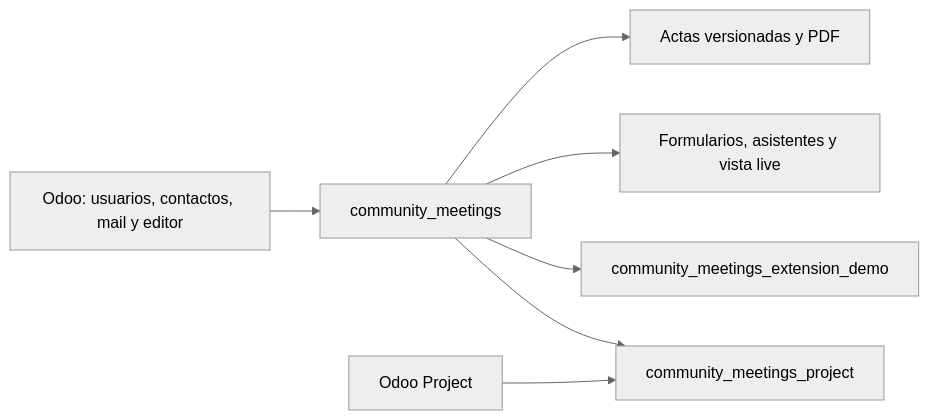
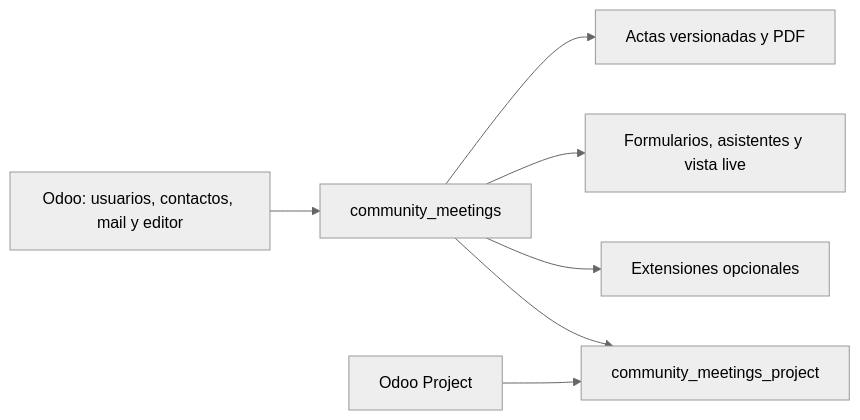
Before and after one commit to oyale/odoo-meetings-minutes: the first of 6 diagrams in docs/MODELO_TECNICO.md, drawn with Mermaid (neutral theme). The commit also changed other lines of this file and 23 other files, not shown here.

````diff
--- a/docs/MODELO_TECNICO.md
+++ b/docs/MODELO_TECNICO.md
@@ -8,9 +8,9 @@
 ```mermaid
 flowchart LR
     O[Odoo: usuarios, contactos, mail y editor] --> C[community_meetings]
     C --> P[community_meetings_project]
     T[Odoo Project] --> P
-    C --> E[community_meetings_extension_demo]
+    C --> E[Extensiones opcionales]
     C --> UI[Formularios, asistentes y vista live]
     C --> R[Actas versionadas y PDF]
 ```
````
